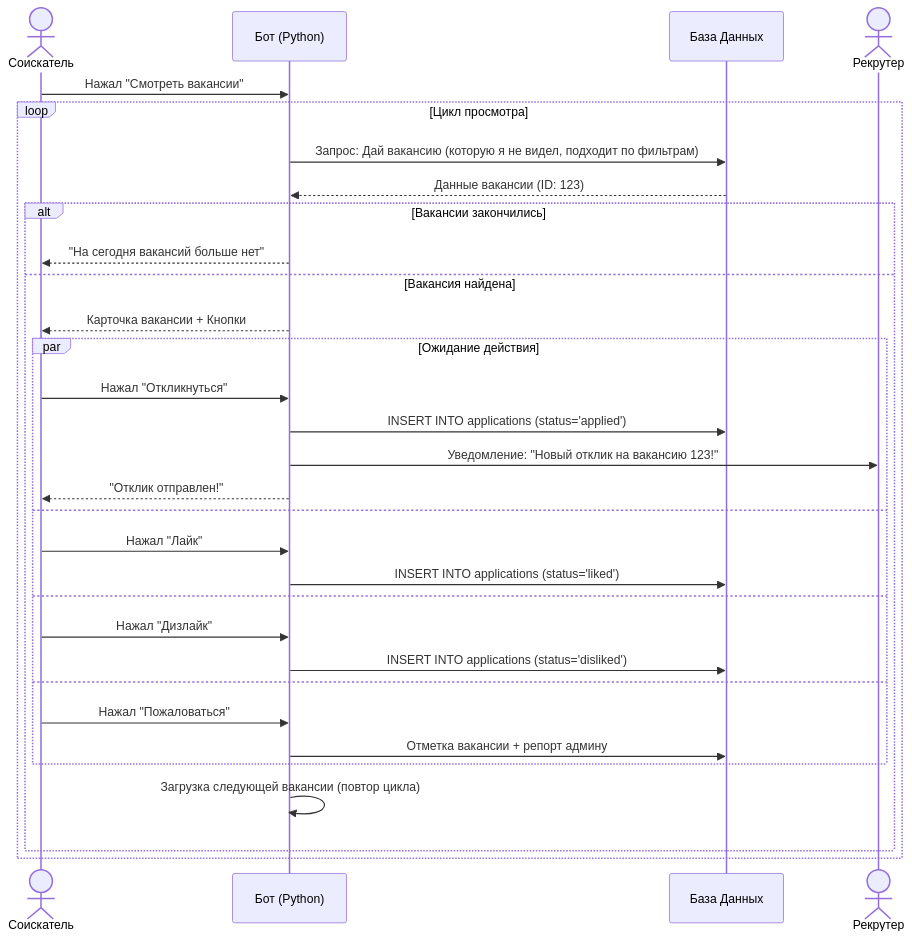
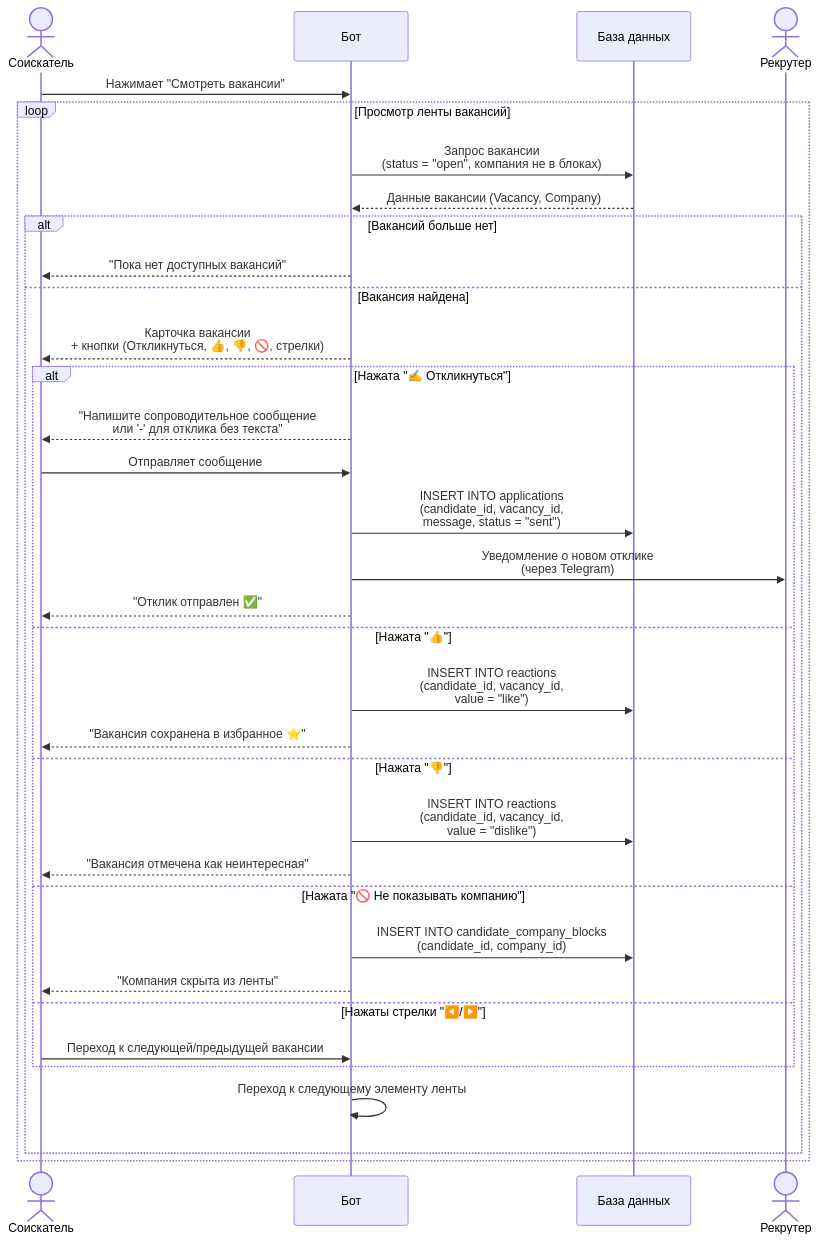
One commit to ALEKSEY-MERCEDES/vacancies-service-team changed the fourth of 5 diagrams in README.md. Above: the diagram before and after it, drawn with Mermaid. The commit also changed other lines of this file, not shown here.

````diff
--- a/README.md
+++ b/README.md
@@ -168,37 +204,40 @@
 ```mermaid
 sequenceDiagram
     actor C as Соискатель
-    participant Bot as Бот (Python)
-    participant DB as База Данных
+    participant Bot as Бот
+    participant DB as База данных
     actor R as Рекрутер
 
-    C->>Bot: Нажал "Смотреть вакансии"
-    loop Цикл просмотра
-        Bot->>DB: Запрос: Дай вакансию (которую я не видел, подходит по фильтрам)
-        DB-->>Bot: Данные вакансии (ID: 123)
-        
-        alt Вакансии закончились
-            Bot-->>C: "На сегодня вакансий больше нет"
+    C->>Bot: Нажимает "Смотреть вакансии"
+    loop Просмотр ленты вакансий
+        Bot->>DB: Запрос вакансии<br/>(status = "open", компания не в блоках)
+        DB-->>Bot: Данные вакансии (Vacancy, Company)
+
+        alt Вакансий больше нет
+            Bot-->>C: "Пока нет доступных вакансий"
         else Вакансия найдена
-            Bot-->>C: Карточка вакансии + Кнопки
-            
-            par Ожидание действия
-                C->>Bot: Нажал "Откликнуться"
-                Bot->>DB: INSERT INTO applications (status='applied')
-                Bot->>R: Уведомление: "Новый отклик на вакансию 123!"
-                Bot-->>C: "Отклик отправлен!"
-            and
-                C->>Bot: Нажал "Лайк"
-                Bot->>DB: INSERT INTO applications (status='liked')
-            and
-                C->>Bot: Нажал "Дизлайк"
-                Bot->>DB: INSERT INTO applications (status='disliked')
-             and
-                C->>Bot: Нажал "Пожаловаться"
-                 Bot->>DB: Отметка вакансии + репорт админу
+            Bot-->>C: Карточка вакансии<br/>+ кнопки (Откликнуться, 👍, 👎, 🚫, стрелки)
+
+            alt Нажата "✍️ Откликнуться"
+                Bot-->>C: "Напишите сопроводительное сообщение<br/>или '-' для отклика без текста"
+                C->>Bot: Отправляет сообщение
+                Bot->>DB: INSERT INTO applications<br/>(candidate_id, vacancy_id,<br/>message, status = "sent")
+                Bot->>R: Уведомление о новом отклике<br/>(через Telegram)
+                Bot-->>C: "Отклик отправлен ✅"
+            else Нажата "👍"
+                Bot->>DB: INSERT INTO reactions<br/>(candidate_id, vacancy_id,<br/>value = "like")
+                Bot-->>C: "Вакансия сохранена в избранное ⭐"
+            else Нажата "👎"
+                Bot->>DB: INSERT INTO reactions<br/>(candidate_id, vacancy_id,<br/>value = "dislike")
+                Bot-->>C: "Вакансия отмечена как неинтересная"
+            else Нажата "🚫 Не показывать компанию"
+                Bot->>DB: INSERT INTO candidate_company_blocks<br/>(candidate_id, company_id)
+                Bot-->>C: "Компания скрыта из ленты"
+            else Нажаты стрелки "◀️/▶️"
+                C->>Bot: Переход к следующей/предыдущей вакансии
             end
 
-            Bot->>Bot: Загрузка следующей вакансии (повтор цикла)
+            Bot->>Bot: Переход к следующему элементу ленты
         end
     end
 ```
````
